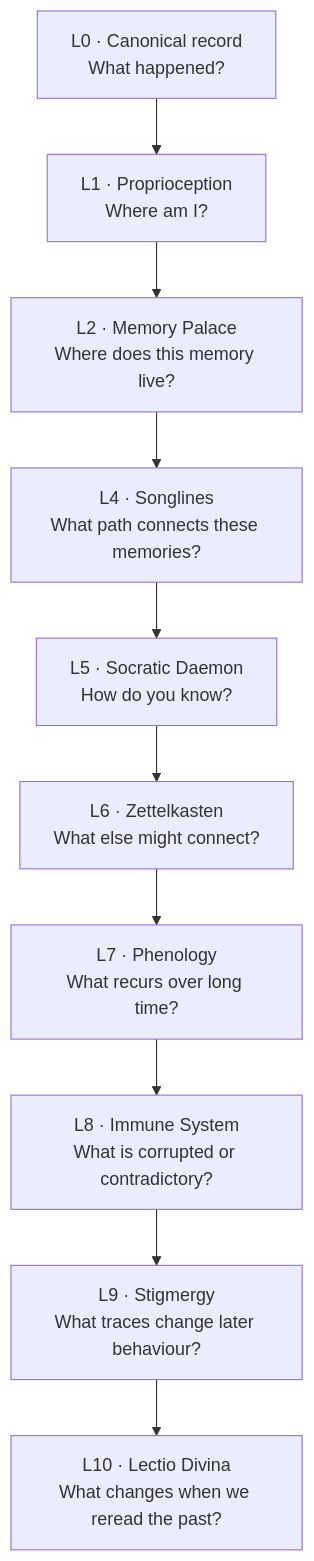
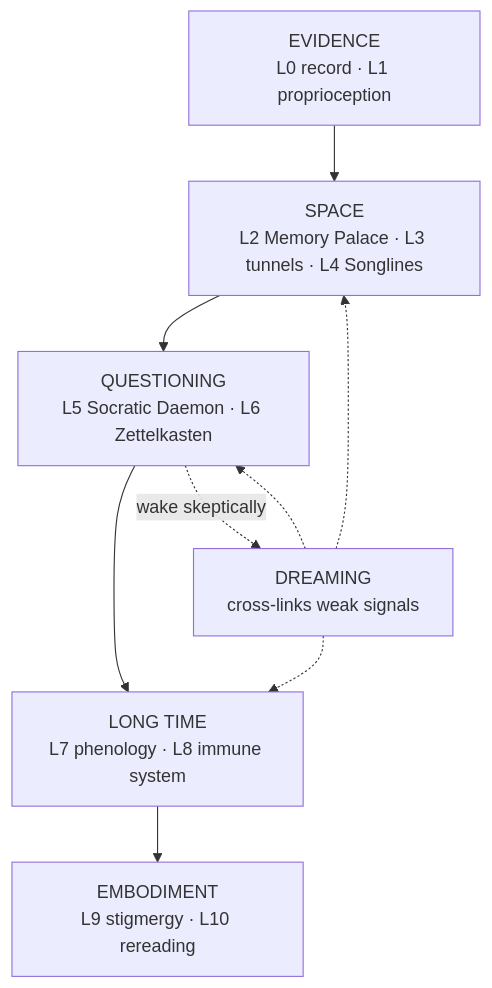
The third of 8 diagrams in branches/frontier-hypha/README.md (mackeymootsa/gaian-chronicle), drawn with Mermaid before and after one commit. The commit also changed other lines of this file, not shown here.

Commit message:
Reframe Frontier Hypha around living civilizational memory

````diff
--- a/branches/frontier-hypha/README.md
+++ b/branches/frontier-hypha/README.md
@@ -194,12 +239,15 @@
 ```mermaid
-flowchart TD
-    L0["L0 · Canonical record<br/>What happened?"] --> L1["L1 · Proprioception<br/>Where am I?"]
-    L1 --> L2["L2 · Memory Palace<br/>Where does this memory live?"]
-    L2 --> L4["L4 · Songlines<br/>What path connects these memories?"]
-    L4 --> L5["L5 · Socratic Daemon<br/>How do you know?"]
-    L5 --> L6["L6 · Zettelkasten<br/>What else might connect?"]
-    L6 --> L7["L7 · Phenology<br/>What recurs over long time?"]
-    L7 --> L8["L8 · Immune System<br/>What is corrupted or contradictory?"]
-    L8 --> L9["L9 · Stigmergy<br/>What traces change later behaviour?"]
-    L9 --> L10["L10 · Lectio Divina<br/>What changes when we reread the past?"]
+flowchart TB
+    E["EVIDENCE<br/>L0 record · L1 proprioception"]
+    S["SPACE<br/>L2 Memory Palace · L3 tunnels · L4 Songlines"]
+    Q["QUESTIONING<br/>L5 Socratic Daemon · L6 Zettelkasten"]
+    T["LONG TIME<br/>L7 phenology · L8 immune system"]
+    B["EMBODIMENT<br/>L9 stigmergy · L10 rereading"]
+
+    E --> S --> Q --> T --> B
+
+    D["DREAMING<br/>cross-links weak signals"] -.-> S
+    D -.-> Q
+    D -.-> T
+    Q -. "wake skeptically" .-> D
 ```
````
